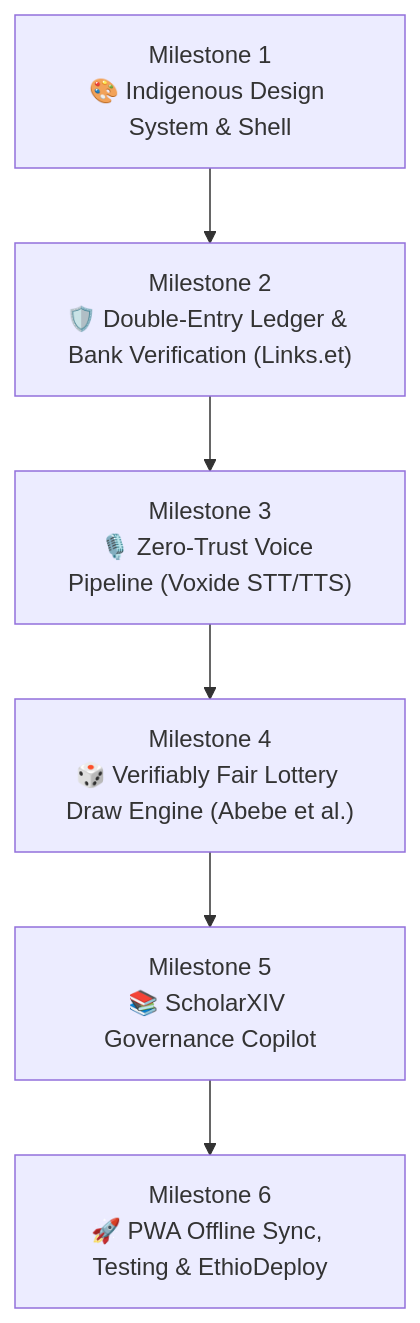
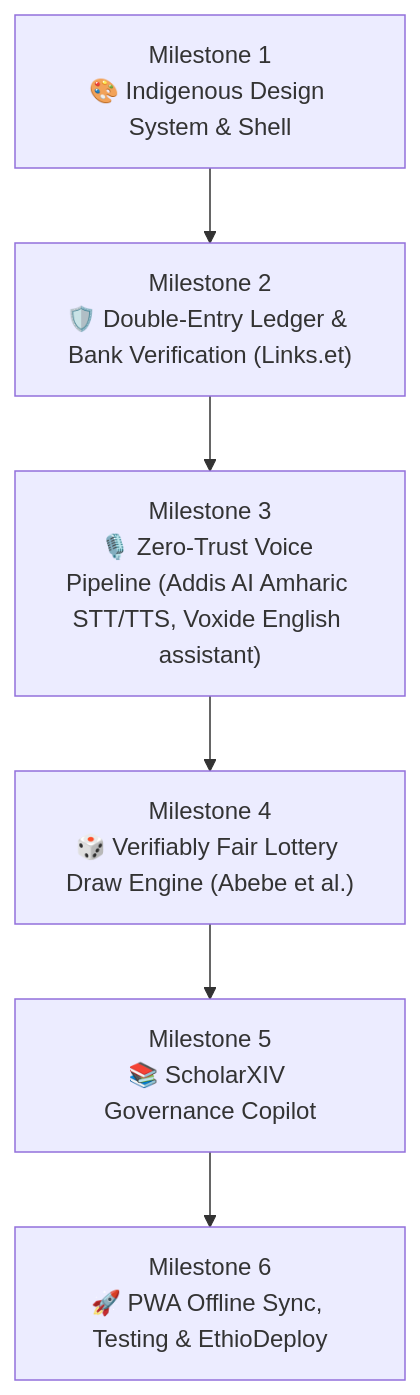
Before and after one commit to tsegabefekadu0-web/Sened: the diagram in ROADMAP.md, drawn with Mermaid. The commit also changed other lines of this file and 35 other files, not shown here.

Commit message:
feat(voice): Voxide English assistant, with Addis AI for Amharic voice in and out

````diff
--- a/ROADMAP.md
+++ b/ROADMAP.md
@@ -22,8 +22,8 @@
 ```mermaid
 graph TD
     M1["Milestone 1<br/>🎨 Indigenous Design System & Shell"] --> M2["Milestone 2<br/>🛡️ Double-Entry Ledger & Bank Verification (Links.et)"]
-    M2 --> M3["Milestone 3<br/>🎙️ Zero-Trust Voice Pipeline (Voxide STT/TTS)"]
+    M2 --> M3["Milestone 3<br/>🎙️ Zero-Trust Voice Pipeline (Addis AI Amharic STT/TTS, Voxide English assistant)"]
     M3 --> M4["Milestone 4<br/>🎲 Verifiably Fair Lottery Draw Engine (Abebe et al.)"]
     M4 --> M5["Milestone 5<br/>📚 ScholarXIV Governance Copilot"]
     M5 --> M6["Milestone 6<br/>🚀 PWA Offline Sync, Testing & EthioDeploy"]
 ```
````
